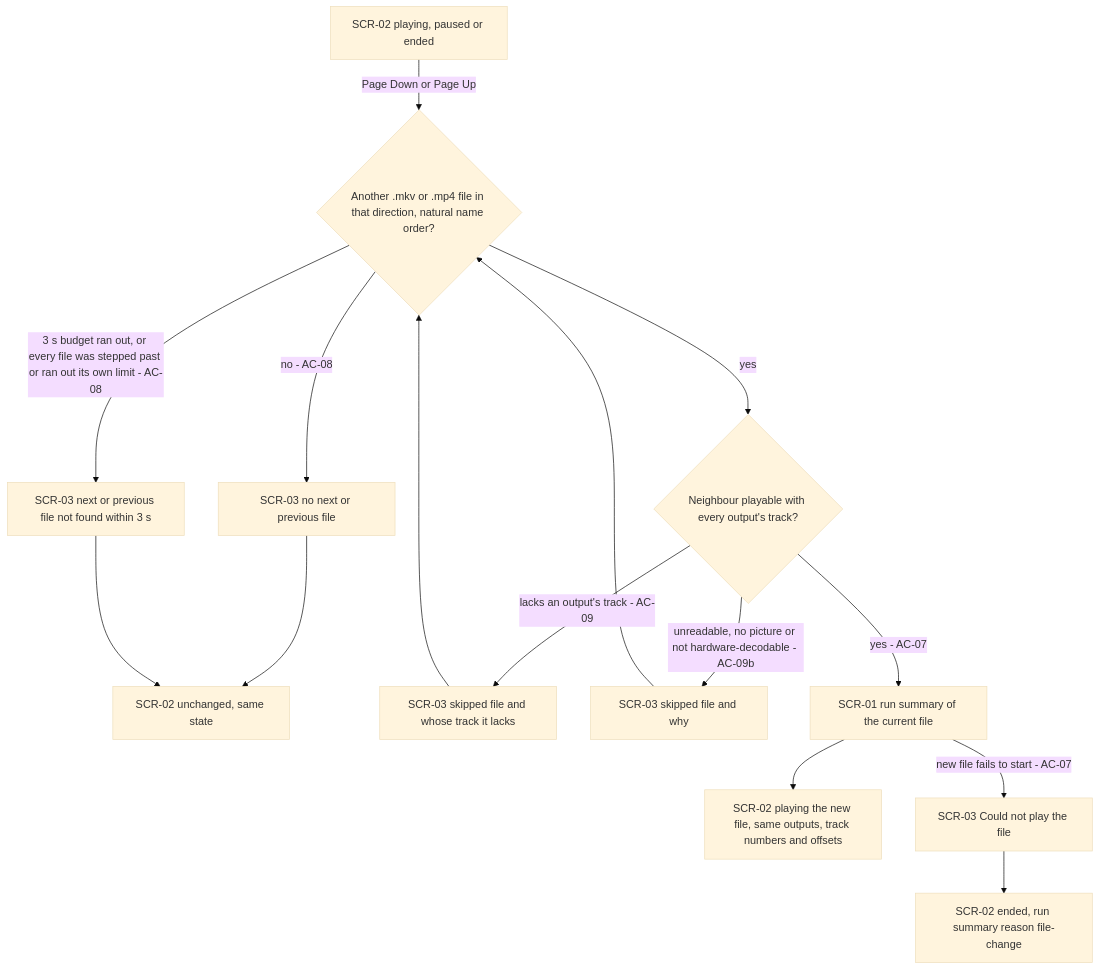
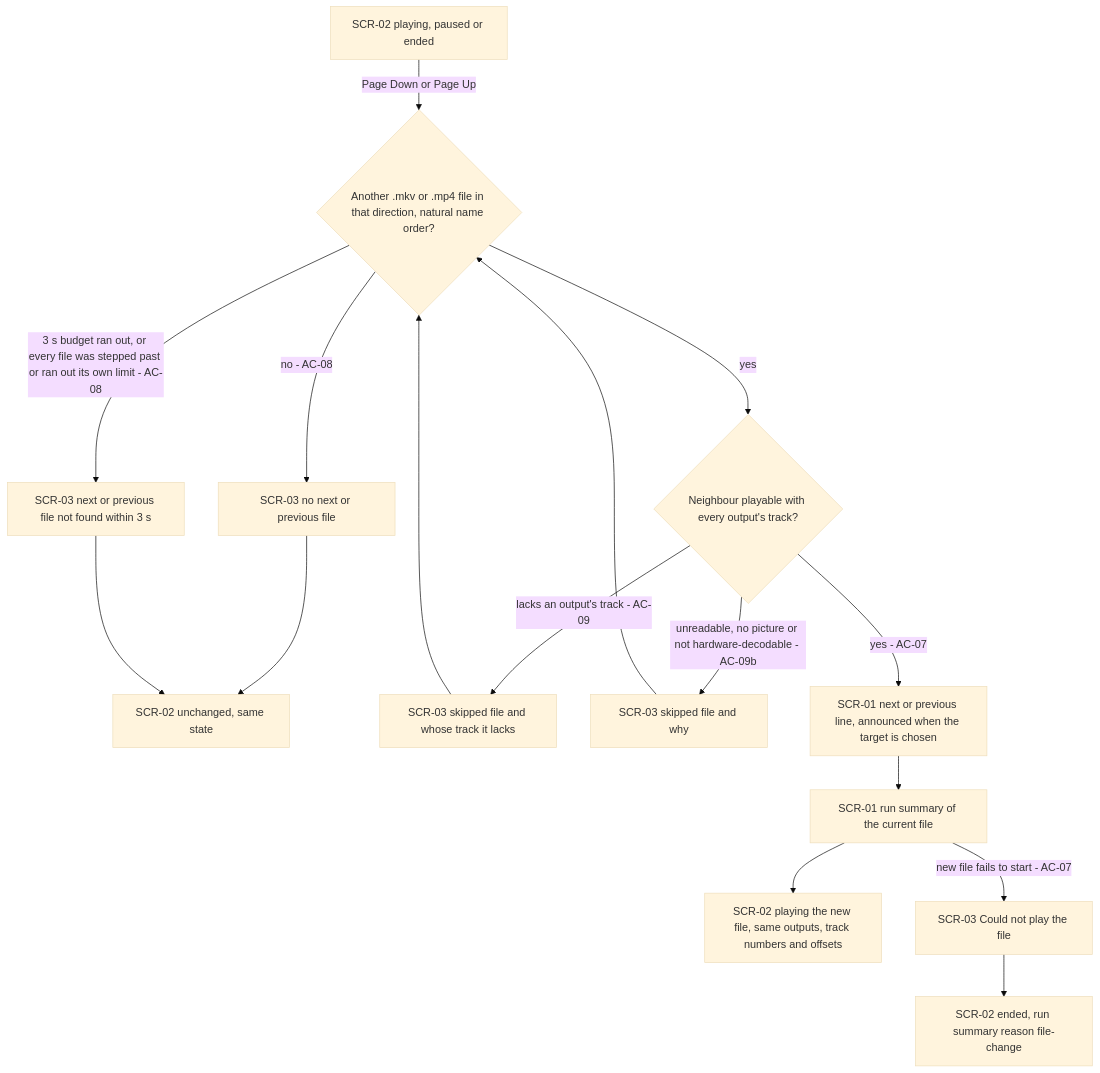
One commit to PulsarV/DualPlayer changed the third of 5 diagrams in docs/features/lip-synced-video/ux-flows.md. Above: the diagram before and after it, drawn with Mermaid (base theme). The commit also changed other lines of this file and 12 other files, not shown here.

First line of the commit message:
implement: lip-synced-video T131 Bring screens, ux-flows, sad, cli.md, spec, test-plan and the task trace in step with the start failures, the Esc-during-start path and the cut-probe rule

````diff
--- a/docs/features/lip-synced-video/ux-flows.md
+++ b/docs/features/lip-synced-video/ux-flows.md
@@ -89,17 +89,18 @@
 ```mermaid
 flowchart TD
     S["SCR-02 playing, paused or ended"] -->|"Page Down or Page Up"| N{"Another .mkv or .mp4 file in that direction, natural name order?"}
     N -->|"no - AC-08"| NO["SCR-03 no next or previous file"]
     NO --> SAME["SCR-02 unchanged, same state"]
     N -->|"3 s budget ran out, or every file was stepped past or ran out its own limit - AC-08"| TO["SCR-03 next or previous file not found within 3 s"]
     TO --> SAME
     N -->|"yes"| C{"Neighbour playable with every output's track?"}
     C -->|"lacks an output's track - AC-09"| K1["SCR-03 skipped file and whose track it lacks"]
     C -->|"unreadable, no picture or not hardware-decodable - AC-09b"| K2["SCR-03 skipped file and why"]
     K1 --> N
     K2 --> N
-    C -->|"yes - AC-07"| RS["SCR-01 run summary of the current file"]
+    C -->|"yes - AC-07"| AN["SCR-01 next or previous line, announced when the target is chosen"]
+    AN --> RS["SCR-01 run summary of the current file"]
     RS --> NEW["SCR-02 playing the new file, same outputs, track numbers and offsets"]
     RS -->|"new file fails to start - AC-07"| F["SCR-03 Could not play the file"]
     F --> END3["SCR-02 ended, run summary reason file-change"]
 ```
````
